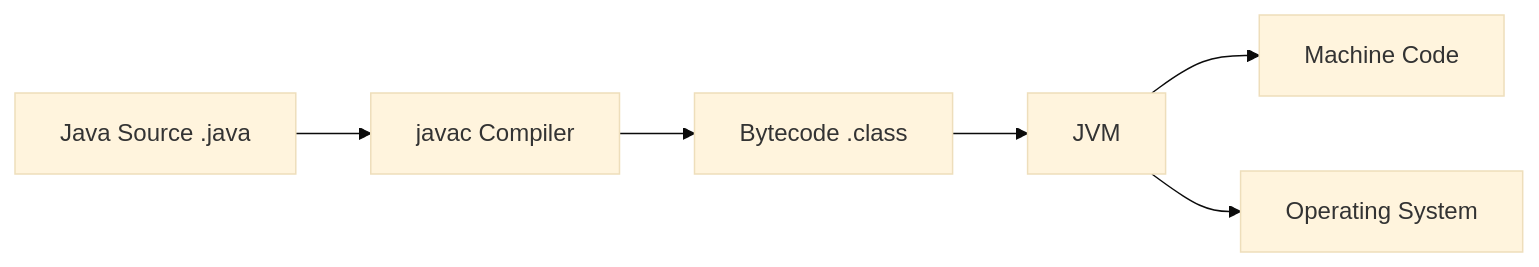
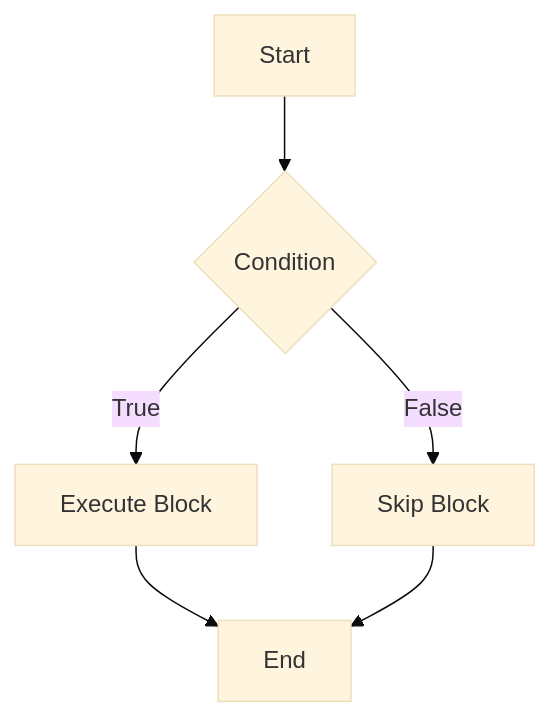
Before and after one commit to VrushankPatel/interview-matters: the diagram in java-fundamentals/README.md, drawn with Mermaid (base theme). The commit also changed other lines of this file and 3 other files, not shown here.

Commit message:
kb: add/update topics Java Fundamentals, OOP Principles in Java, JVM Internals & Class Loading, Garbage Collection Algorithms, Multithreading & Concurrency in Java

````diff
--- a/java-fundamentals/README.md
+++ b/java-fundamentals/README.md
@@ -29,8 +140,8 @@
 ```mermaid
-graph LR
-    A[Java Source .java] --> B[javac Compiler]
-    B --> C[Bytecode .class]
-    C --> D[JVM]
-    D --> E[Machine Code]
-    D --> F[Operating System]
+graph TD
+    A[Start] --> B{Condition}
+    B -->|True| C[Execute Block]
+    B -->|False| D[Skip Block]
+    C --> E[End]
+    D --> E
 ```
````
